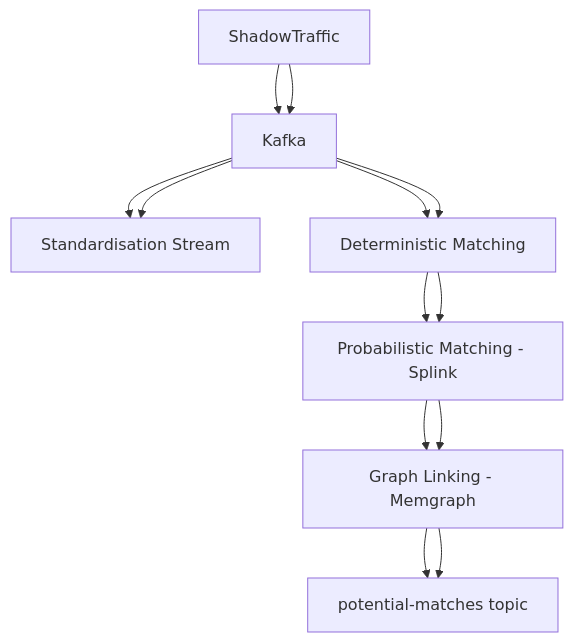
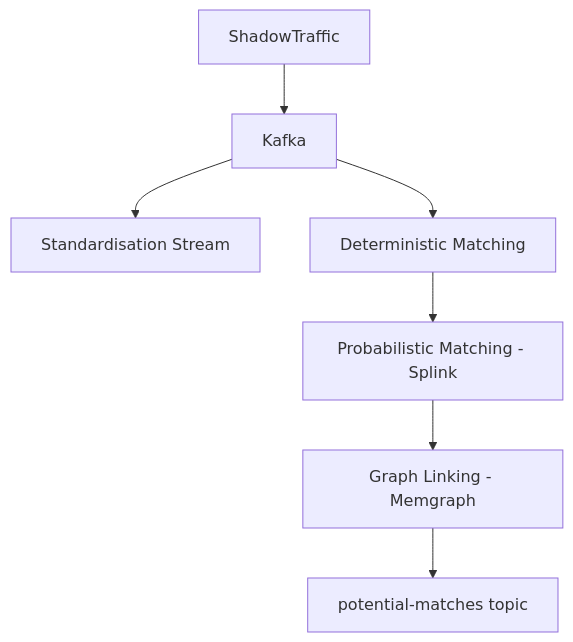
The diagram in readme.md (stonesy88/entity-resolution), drawn with Mermaid before and after one commit.

````diff
--- a/readme.md
+++ b/readme.md
@@ -11,13 +11,10 @@
 ```mermaid
 flowchart TD
   S[ShadowTraffic] --> K[Kafka]
   K --> S1[Standardisation Stream]
   K --> D[Deterministic Matching]
   D --> P[Probabilistic Matching - Splink]
   P --> M[Graph Linking - Memgraph]
   M --> PM[potential-matches topic]
 
-  S --> K --> S1 & D
-  D --> P --> M --> PM
-
 ```
````
